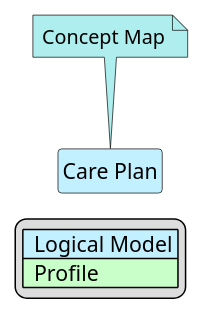
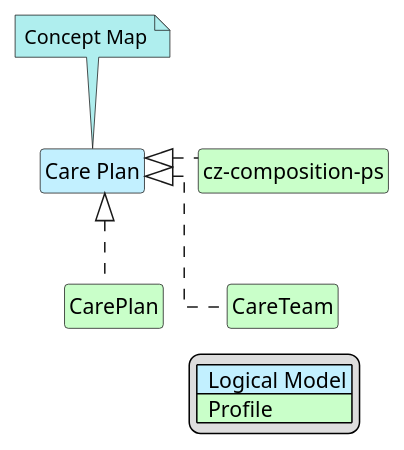
One commit to HL7-cz/ps changed the diagram in input/images-source/PS_CarePlan-map.plantuml. Above: the diagram before and after it, drawn with PlantUML. The commit also changed 2 other files, not shown here.

```diff
--- a/input/images-source/PS_CarePlan-map.plantuml
+++ b/input/images-source/PS_CarePlan-map.plantuml
@@ -1,27 +1,31 @@
 @startuml PS_CarePlan-map
 hide circle
 hide stereotype
 hide members
 hide methods
 skinparam linetype ortho
 skinparam class {
 BackgroundColor<<LogicalModel>> #APPLICATION
 BackgroundColor<<Profile>> #TECHNOLOGY
 }
 legend right
 | <#APPLICATION>  Logical Model |
 | <#TECHNOLOGY>  Profile |
 endlegend
-class "Care Plan" <<LogicalModel>> [[StructureDefinition-LogCarePlanCz.html]]
+class "Care Plan" <<LogicalModel>> [[StructureDefinition-LogCarePlanCzEn.html]]
 note top #PaleTurquoise [[ConceptMap-carePlan2FHIR-cz-ps.html]]
 Concept Map
 endnote
 ' --- Profiles mapping Alerts ---
-
-
+class "cz-composition-ps" <<Profile>> [[StructureDefinition-cz-composition-ps.html]]
+class "CarePlan" <<Profile>> [[StructureDefinition-CarePlan.html]]
+class "CareTeam" <<Profile>> [[StructureDefinition-CareTeam.html]]
 ' --- Realization links ---
-
-
+"Care Plan" <|. "cz-composition-ps"
+"Care Plan" <|. "CarePlan"
+"Care Plan" <|. "CareTeam"
 ' ' (volitelné – skryté vazby jen pro rozložení v diagramu)
-
+"Care Plan" -d[hidden]-> "cz-composition-ps"
+"cz-composition-ps" -d[hidden]-> "CarePlan"
+"cz-composition-ps" -d[hidden]-> "CareTeam"
 @enduml
```
